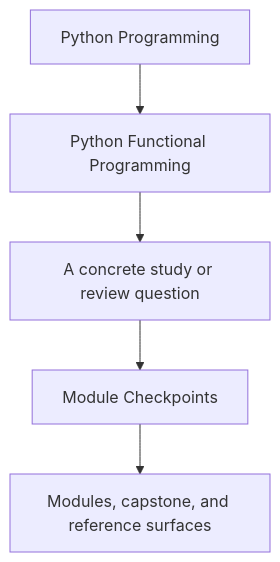
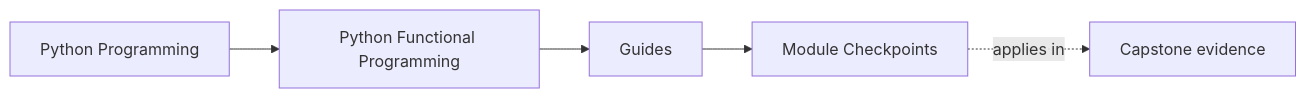
Before and after one commit to bijux/bijux-masterclass: the first of 2 diagrams in programs/python-programming/python-functional-programming/course-book/guides/module-checkpoints.md, drawn with Mermaid. The commit also changed other lines of this file and 73 other files, not shown here.

Commit message:
docs(python-functional-programming): map orientation through streaming foundations

````diff
--- a/programs/python-programming/python-functional-programming/course-book/guides/module-checkpoints.md
+++ b/programs/python-programming/python-functional-programming/course-book/guides/module-checkpoints.md
@@ -6,7 +6,11 @@
 ```mermaid
-flowchart TD
-  family["Python Programming"] --> program["Python Functional Programming"]
-  program --> pressure["A concrete study or review question"]
-  pressure --> guide["Module Checkpoints"]
-  guide --> next["Modules, capstone, and reference surfaces"]
+graph LR
+  family["Python Programming"]
+  program["Python Functional Programming"]
+  section["Guides"]
+  page["Module Checkpoints"]
+  capstone["Capstone evidence"]
+
+  family --> program --> section --> page
+  page -.applies in.-> capstone
 ```
````
